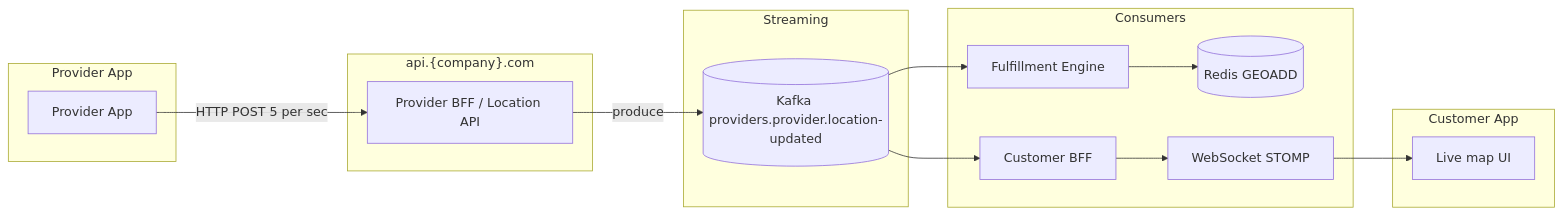
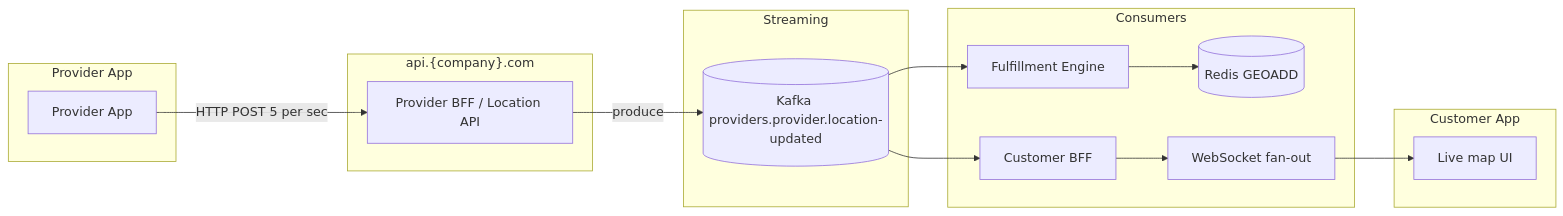
Before and after one commit to rishikeshdhokare/platform-manifesto: the third of 7 diagrams in 02-architecture-and-api/04-real-time-architecture.md, drawn with Mermaid. The commit also changed other lines of this file and 64 other files, not shown here.

````diff
--- a/02-architecture-and-api/04-real-time-architecture.md
+++ b/02-architecture-and-api/04-real-time-architecture.md
@@ -143,29 +147,29 @@
 ```mermaid
 flowchart LR
     subgraph Mobile["Provider App"]
         D[Provider App]
     end
     subgraph Edge["api.{company}.com"]
         BFF[Provider BFF / Location API]
     end
     subgraph Stream["Streaming"]
         K[(Kafka providers.provider.location-updated)]
     end
     subgraph Consumers["Consumers"]
         ME[Fulfillment Engine]
         RGEO[(Redis GEOADD)]
         RBFF[Customer BFF]
-        WS[WebSocket STOMP]
+        WS[WebSocket fan-out]
     end
     subgraph Customer["Customer App"]
         R[Live map UI]
     end
 
     D -->|HTTP POST 5 per sec| BFF
     BFF -->|produce| K
     K --> ME
     ME --> RGEO
     K --> RBFF
     RBFF --> WS
     WS --> R
 ```
````
